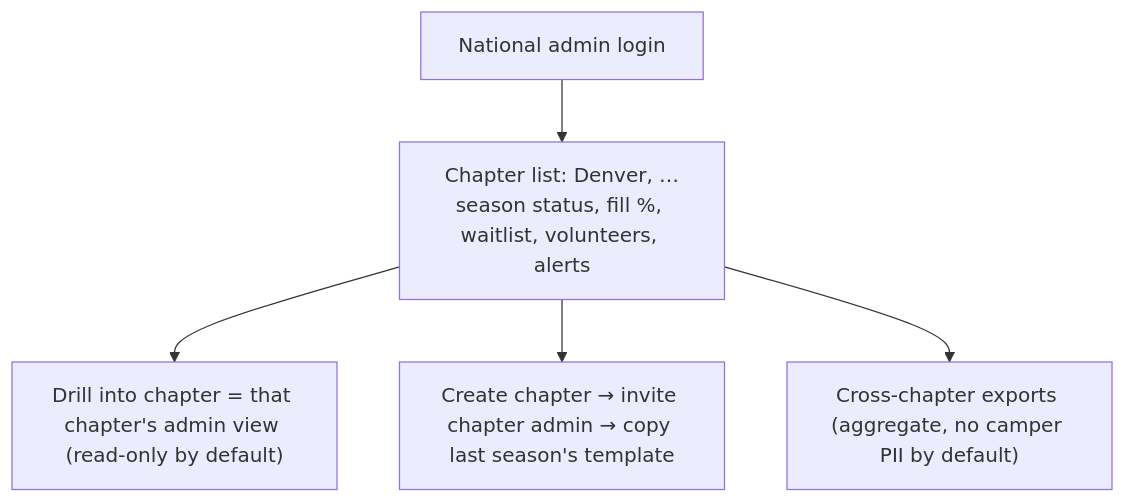
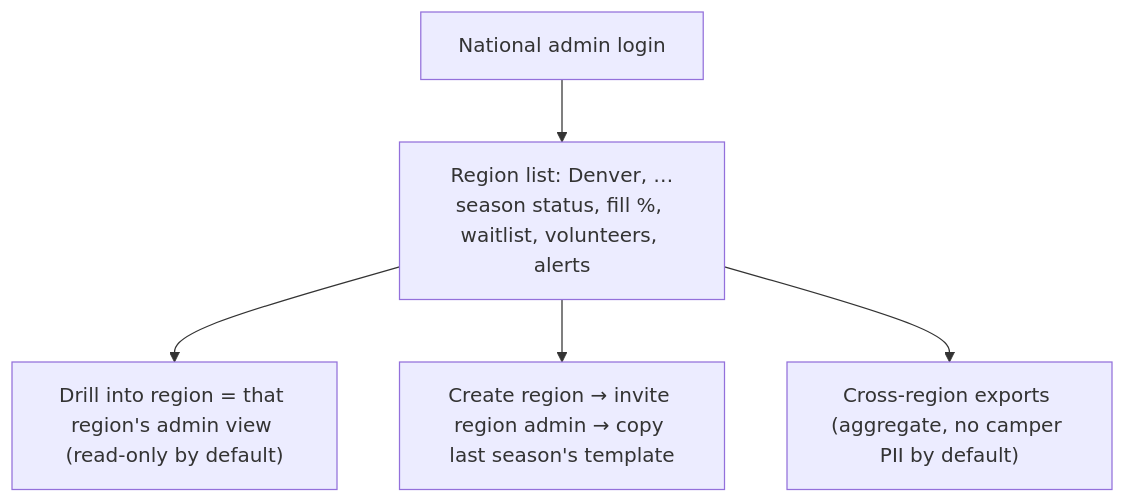
Diagram 13 of 13 in docs/scc-improvement-plan.md (DenverSteelCityCodes/Denver-Steel-City-Codes-Management-System), drawn with Mermaid before and after one commit. The commit also changed other lines of this file and 33 other files, not shown here.

````diff
--- a/docs/scc-improvement-plan.md
+++ b/docs/scc-improvement-plan.md
@@ -338,7 +338,7 @@
 ```mermaid
 flowchart TD
-  A["National admin login"] --> B["Chapter list: Denver, …<br/>season status, fill %, waitlist, volunteers, alerts"]
-  B --> C["Drill into chapter = that chapter's admin view (read-only by default)"]
-  B --> D["Create chapter → invite chapter admin → copy last season's template"]
-  B --> E["Cross-chapter exports (aggregate, no camper PII by default)"]
+  A["National admin login"] --> B["Region list: Denver, …<br/>season status, fill %, waitlist, volunteers, alerts"]
+  B --> C["Drill into region = that region's admin view (read-only by default)"]
+  B --> D["Create region → invite region admin → copy last season's template"]
+  B --> E["Cross-region exports (aggregate, no camper PII by default)"]
 ```
````
